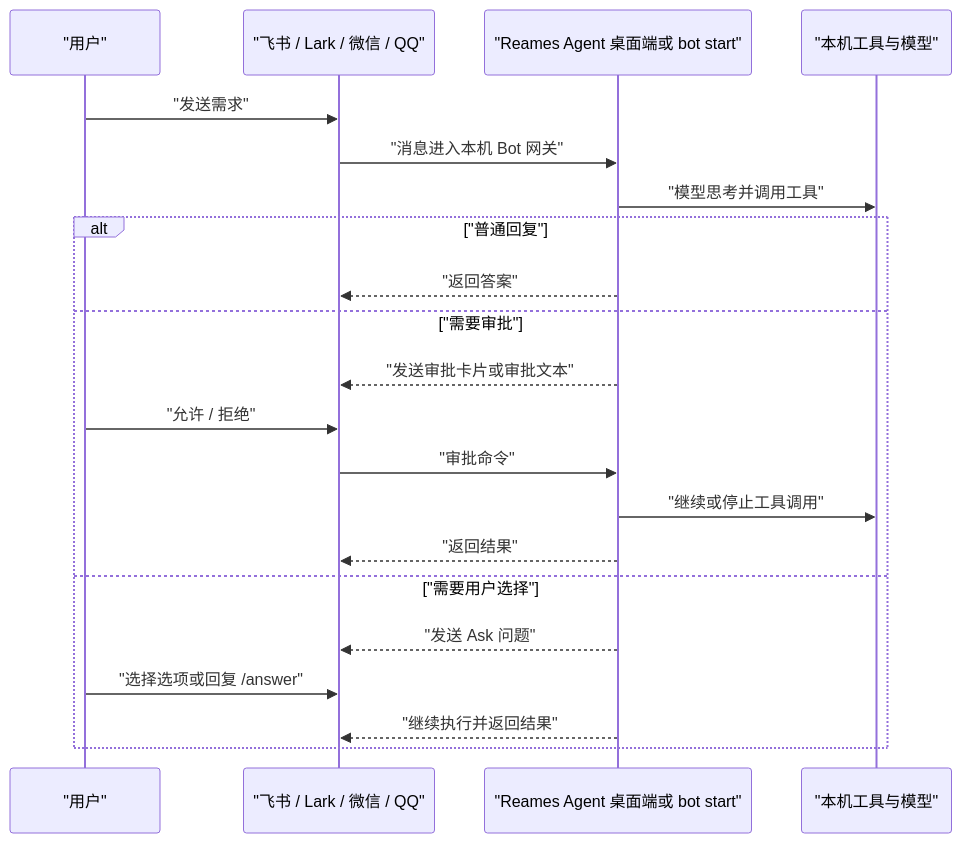
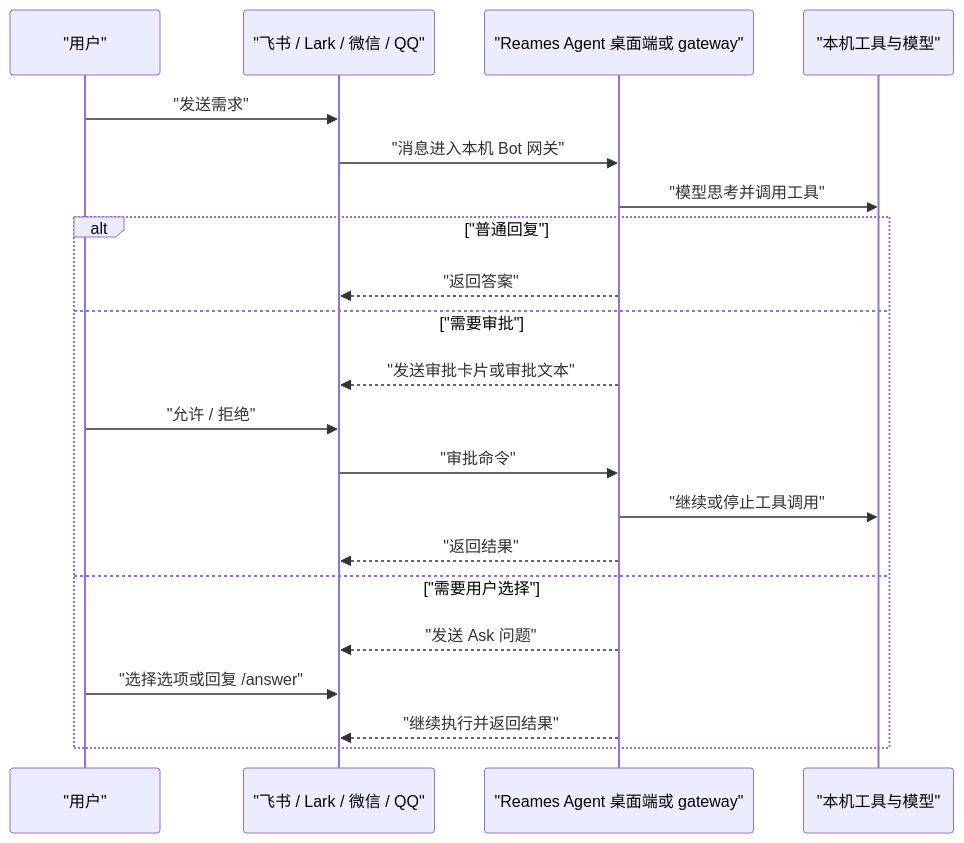
The second of 3 diagrams in docs/BOT_GUIDE.zh-CN.md (Ebonyhtx/reames-agent), drawn with Mermaid before and after one commit. The commit also changed other lines of this file and 15 other files, not shown here.

````diff
--- a/docs/BOT_GUIDE.zh-CN.md
+++ b/docs/BOT_GUIDE.zh-CN.md
@@ -241,24 +243,24 @@
 ```mermaid
 sequenceDiagram
   participant U as "用户"
   participant IM as "飞书 / Lark / 微信 / QQ"
-  participant R as "Reames Agent 桌面端或 bot start"
+  participant R as "Reames Agent 桌面端或 gateway"
   participant T as "本机工具与模型"
 
   U->>IM: "发送需求"
   IM->>R: "消息进入本机 Bot 网关"
   R->>T: "模型思考并调用工具"
   alt "普通回复"
     R-->>IM: "返回答案"
   else "需要审批"
     R-->>IM: "发送审批卡片或审批文本"
     U->>IM: "允许 / 拒绝"
     IM->>R: "审批命令"
     R->>T: "继续或停止工具调用"
     R-->>IM: "返回结果"
   else "需要用户选择"
     R-->>IM: "发送 Ask 问题"
     U->>IM: "选择选项或回复 /answer"
     R-->>IM: "继续执行并返回结果"
   end
 ```
````
